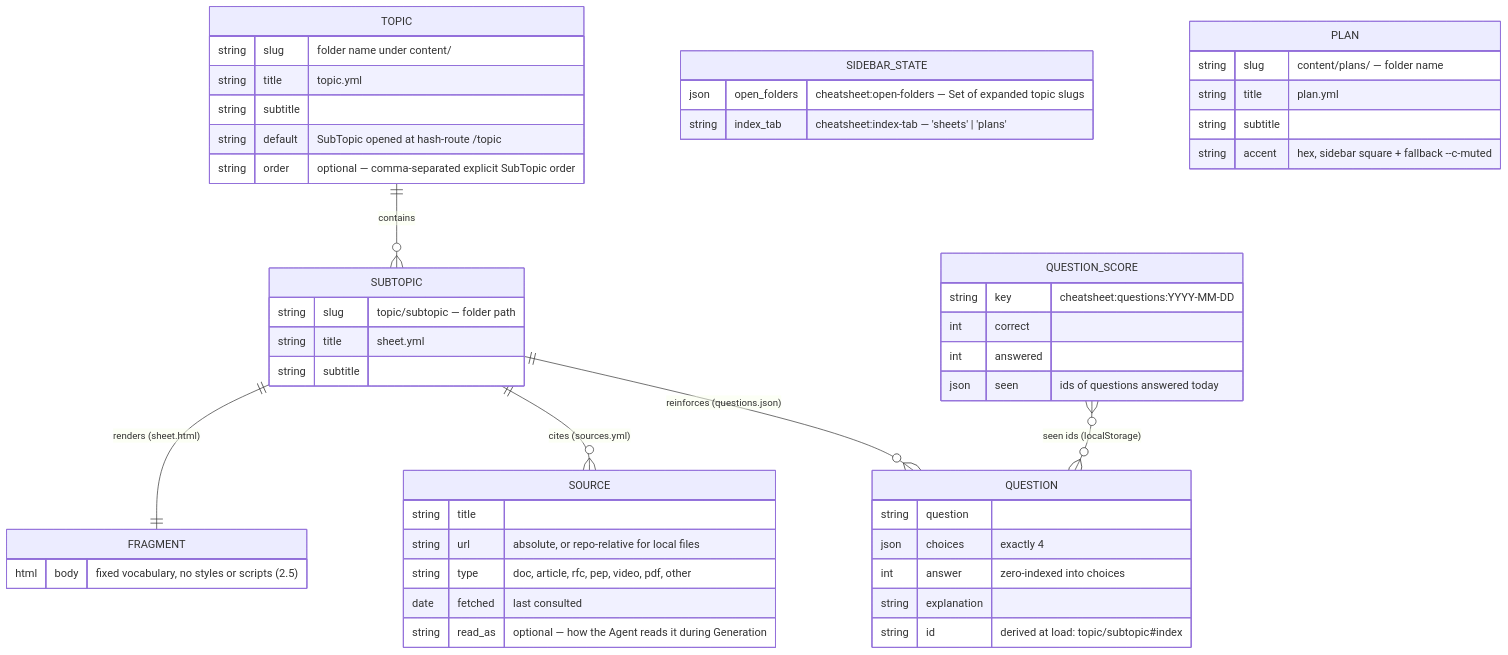
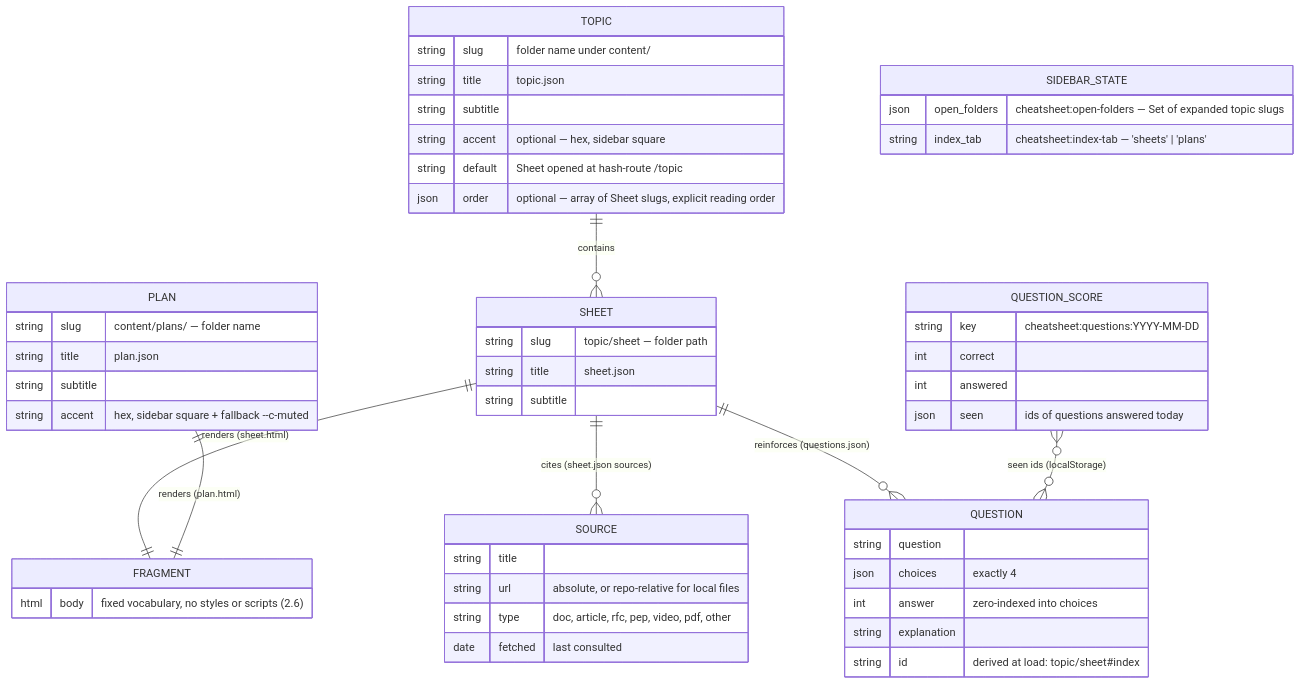
The second of 7 diagrams in docs/hldd/hldd.md (Povaz/cheatsheets), drawn with Mermaid before and after one commit. The commit also changed other lines of this file and 121 other files, not shown here.

First line of the commit message:
refactor: Agent-authored content, trunk-based flow, Topic > Sheet

````diff
--- a/docs/hldd/hldd.md
+++ b/docs/hldd/hldd.md
@@ -100,54 +106,55 @@
 ```mermaid
 erDiagram
-    TOPIC ||--o{ SUBTOPIC : contains
-    SUBTOPIC ||--|| FRAGMENT : "renders (sheet.html)"
-    SUBTOPIC ||--o{ SOURCE : "cites (sources.yml)"
-    SUBTOPIC ||--o{ QUESTION : "reinforces (questions.json)"
+    TOPIC ||--o{ SHEET : contains
+    SHEET ||--|| FRAGMENT : "renders (sheet.html)"
+    SHEET ||--o{ SOURCE : "cites (sheet.json sources)"
+    SHEET ||--o{ QUESTION : "reinforces (questions.json)"
     QUESTION_SCORE }o--o{ QUESTION : "seen ids (localStorage)"
+    PLAN ||--|| FRAGMENT : "renders (plan.html)"
 
     TOPIC {
         string slug "folder name under content/"
-        string title "topic.yml"
+        string title "topic.json"
         string subtitle
-        string default "SubTopic opened at hash-route /topic"
-        string order "optional — comma-separated explicit SubTopic order"
+        string accent "optional — hex, sidebar square"
+        string default "Sheet opened at hash-route /topic"
+        json order "optional — array of Sheet slugs, explicit reading order"
     }
-    SUBTOPIC {
-        string slug "topic/subtopic — folder path"
-        string title "sheet.yml"
+    SHEET {
+        string slug "topic/sheet — folder path"
+        string title "sheet.json"
         string subtitle
     }
     FRAGMENT {
-        html body "fixed vocabulary, no styles or scripts (2.5)"
+        html body "fixed vocabulary, no styles or scripts (2.6)"
     }
     SOURCE {
         string title
         string url "absolute, or repo-relative for local files"
         string type "doc, article, rfc, pep, video, pdf, other"
         date fetched "last consulted"
-        string read_as "optional — how the Agent reads it during Generation"
     }
     QUESTION {
         string question
         json choices "exactly 4"
         int answer "zero-indexed into choices"
         string explanation
-        string id "derived at load: topic/subtopic#index"
+        string id "derived at load: topic/sheet#index"
     }
     QUESTION_SCORE {
         string key "cheatsheet:questions:YYYY-MM-DD"
         int correct
         int answered
         json seen "ids of questions answered today"
     }
     SIDEBAR_STATE {
         json open_folders "cheatsheet:open-folders — Set of expanded topic slugs"
         string index_tab "cheatsheet:index-tab — 'sheets' | 'plans'"
     }
     PLAN {
         string slug "content/plans/<slug> — folder name"
-        string title "plan.yml"
+        string title "plan.json"
         string subtitle
         string accent "hex, sidebar square + fallback --c-muted"
     }
 ```
````
